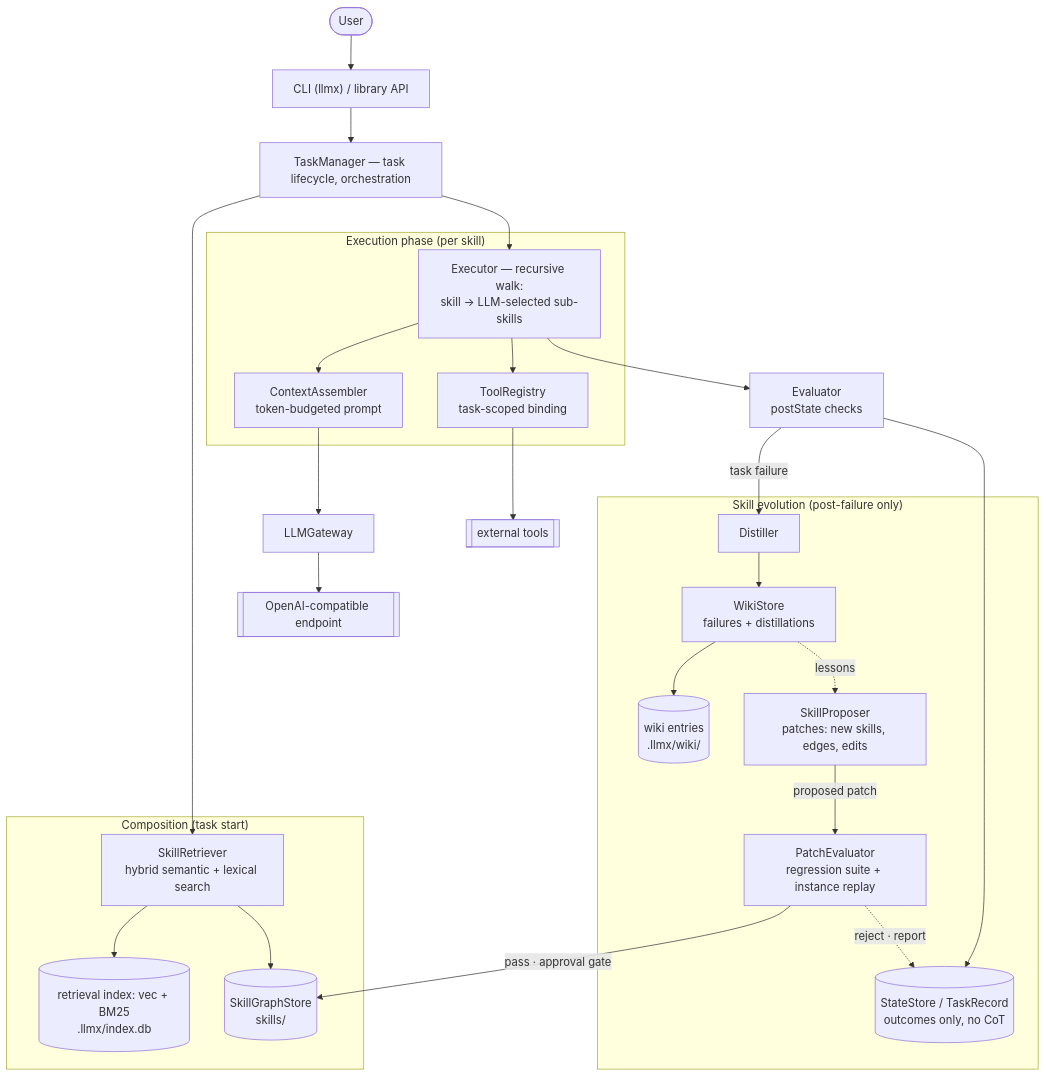
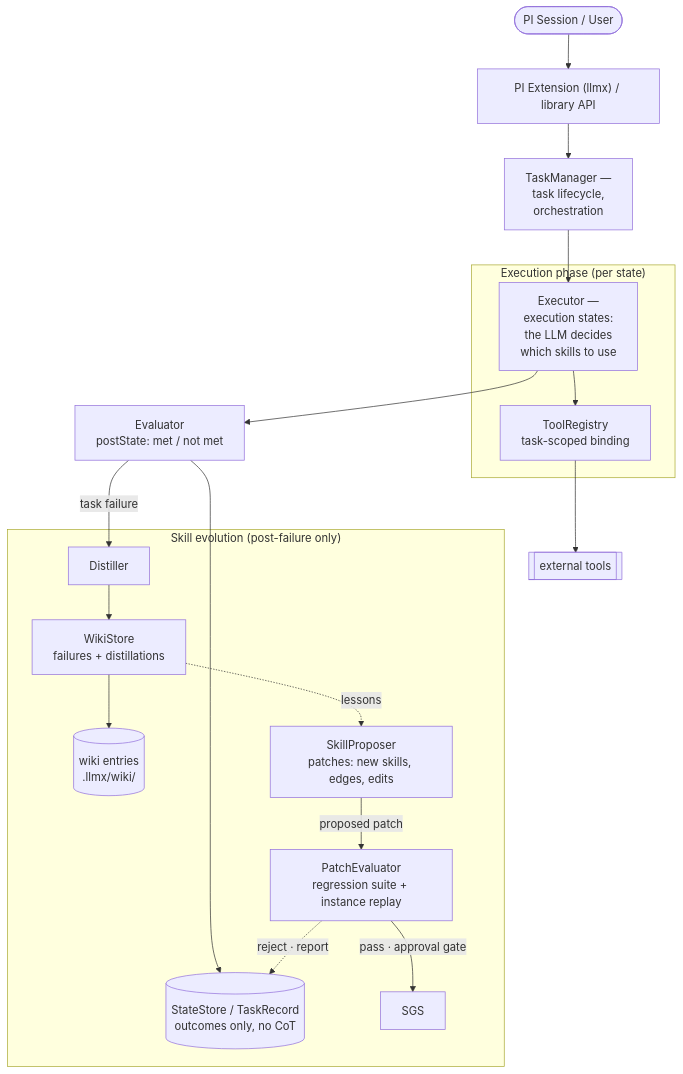
The diagram in docs/architecture/HLD.md (Ajaya1000/llmx), drawn with Mermaid before and after one commit. The commit also changed other lines of this file and 36 other files, not shown here.

````diff
--- a/docs/architecture/HLD.md
+++ b/docs/architecture/HLD.md
@@ -31,50 +24,34 @@
 ```mermaid
 flowchart TB
-    U([User]) --> CLI["CLI (llmx) / library API"]
-    CLI --> TM["TaskManager — task lifecycle, orchestration"]
+    PI([PI Session / User]) --> piExt["PI Extension (llmx) / library API"]
+    piExt --> TM["TaskManager — <br/>task lifecycle,<br/> orchestration"]
 
-    subgraph compose["Composition (task start)"]
-        SR["SkillRetriever<br/>hybrid semantic + lexical search"]
-        IDX[("retrieval index: vec + BM25<br/>.llmx/index.db")]
-        SGS[("SkillGraphStore<br/>skills/")]
-        SR --> IDX
-        SR --> SGS
-    end
-    TM --> SR
-
-    subgraph execute["Execution phase (per skill)"]
-        EX["Executor — recursive walk:<br/>skill → LLM-selected sub-skills"]
-        CA["ContextAssembler<br/>token-budgeted prompt"]
+    subgraph execute["Execution phase (per state)"]
+        EX["Executor — <br/>execution states:<br/>the LLM decides <br/>which skills to use"]
         TR["ToolRegistry<br/>task-scoped binding"]
-        EX --> CA
         EX --> TR
     end
     TM --> EX
-
-    GW["LLMGateway"]
-    EP[["OpenAI-compatible endpoint"]]
     TOOLS[["external tools"]]
-    CA --> GW
-    GW --> EP
     TR --> TOOLS
 
-    EV["Evaluator<br/>postState checks"]
+    EV["Evaluator<br/>postState: met / not met"]
     REC[("StateStore / TaskRecord<br/>outcomes only, no CoT")]
     EX --> EV
     EV --> REC
 
     subgraph evolve["Skill evolution (post-failure only)"]
         DI["Distiller"]
         WS["WikiStore<br/>failures + distillations"]
         WI[("wiki entries<br/>.llmx/wiki/")]
         SP["SkillProposer<br/>patches: new skills, edges, edits"]
         PE["PatchEvaluator<br/>regression suite + instance replay"]
         DI --> WS
         WS --> WI
         WS -. lessons .-> SP
         SP -- proposed patch --> PE
         PE -- "pass · approval gate" --> SGS
         PE -. "reject · report" .-> REC
     end
     EV -- task failure --> DI
 ```
````
